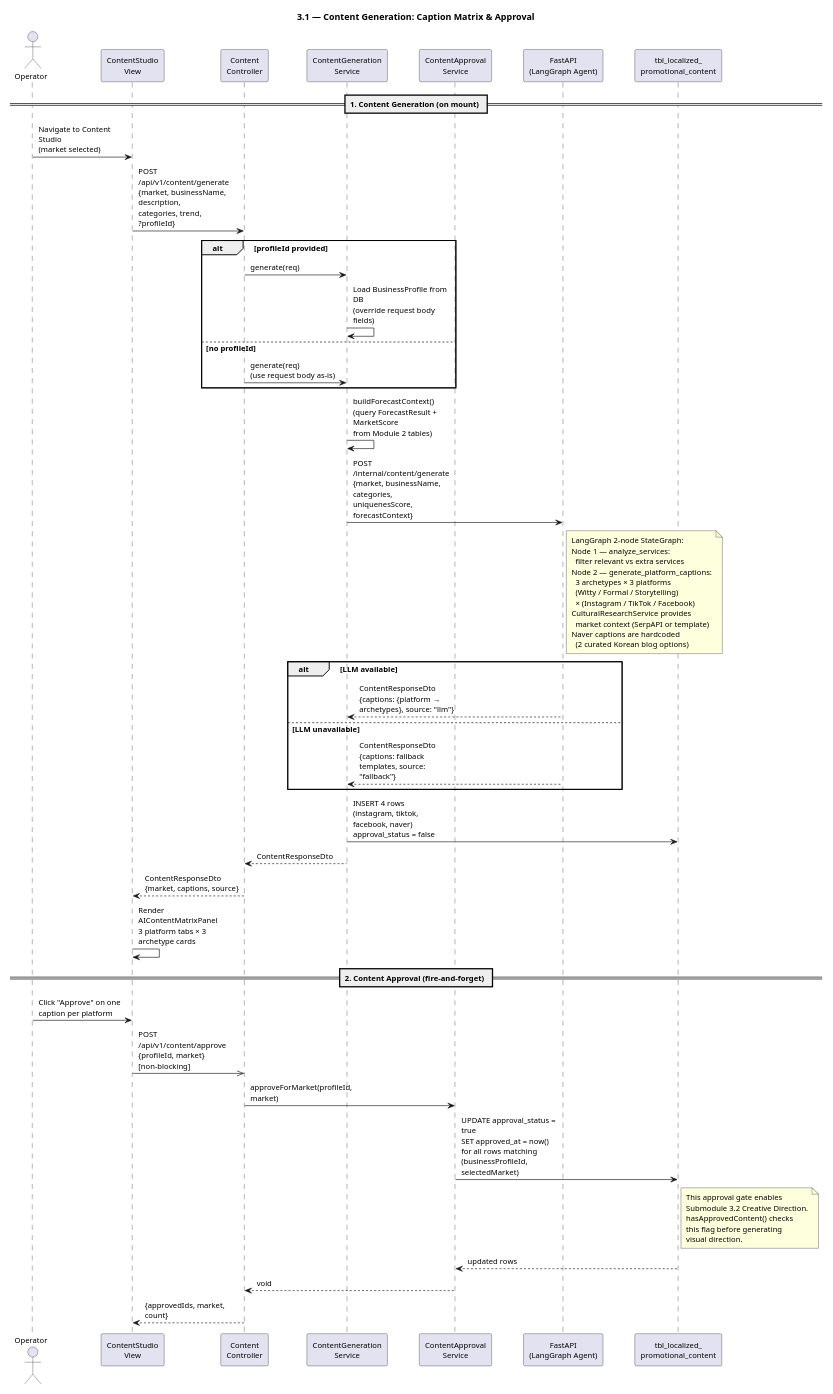
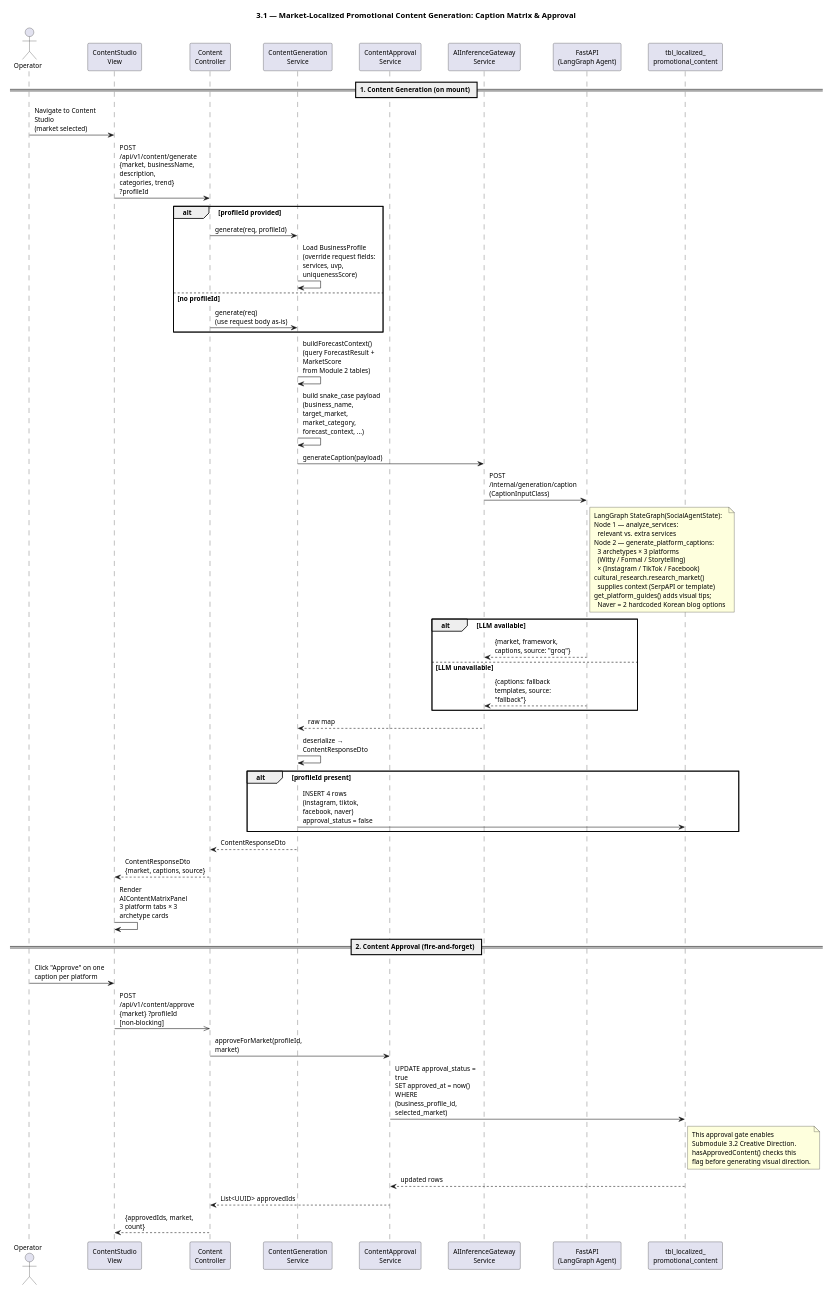
Before and after one commit to SherieHub/CeView: the diagram in docs/module-3/3.1-content-generation/sequence.puml, drawn with PlantUML. The commit also changed 70 other files, not shown here.

```diff
--- a/docs/module-3/3.1-content-generation/sequence.puml
+++ b/docs/module-3/3.1-content-generation/sequence.puml
@@ -1,80 +1,87 @@
 @startuml
 skinparam defaultFontSize 12
 scale max 800 width
 skinparam padding 2
 skinparam ParticipantPadding 20
 skinparam maxMessageSize 150
 
-title 3.1 — Content Generation: Caption Matrix & Approval
+title 3.1 — Market-Localized Promotional Content Generation: Caption Matrix & Approval
 
 actor Operator as O
 participant "ContentStudio\nView" as UI
 participant "Content\nController" as CC
 participant "ContentGeneration\nService" as CGS
 participant "ContentApproval\nService" as CAS
+participant "AIInferenceGateway\nService" as GW
 participant "FastAPI\n(LangGraph Agent)" as FP
 participant "tbl_localized_\npromotional_content" as DB
 
 == 1. Content Generation (on mount) ==
 
 O -> UI: Navigate to Content Studio\n(market selected)
-UI -> CC: POST /api/v1/content/generate\n{market, businessName, description,\ncategories, trend, ?profileId}
+UI -> CC: POST /api/v1/content/generate\n{market, businessName, description,\ncategories, trend} ?profileId
 
 alt profileId provided
-  CC -> CGS: generate(req)
-  CGS -> CGS: Load BusinessProfile from DB\n(override request body fields)
+  CC -> CGS: generate(req, profileId)
+  CGS -> CGS: Load BusinessProfile\n(override request fields: services, uvp, uniquenessScore)
 else no profileId
   CC -> CGS: generate(req)\n(use request body as-is)
 end
 
 CGS -> CGS: buildForecastContext()\n(query ForecastResult + MarketScore\nfrom Module 2 tables)
+CGS -> CGS: build snake_case payload\n(business_name, target_market,\nmarket_category, forecast_context, ...)
 
-CGS -> FP: POST /internal/content/generate\n{market, businessName, categories,\nuniquenesScore, forecastContext}
+CGS -> GW: generateCaption(payload)
+GW -> FP: POST /internal/generation/caption\n(CaptionInputClass)
 
 note right of FP
-  LangGraph 2-node StateGraph:
+  LangGraph StateGraph(SocialAgentState):
   Node 1 — analyze_services:
-    filter relevant vs extra services
+    relevant vs. extra services
   Node 2 — generate_platform_captions:
     3 archetypes × 3 platforms
     (Witty / Formal / Storytelling)
     × (Instagram / TikTok / Facebook)
-  CulturalResearchService provides
-    market context (SerpAPI or template)
-  Naver captions are hardcoded
-    (2 curated Korean blog options)
+  cultural_research.research_market()
+    supplies context (SerpAPI or template)
+  get_platform_guides() adds visual tips;
+    Naver = 2 hardcoded Korean blog options
 end note
 
 alt LLM available
-  FP --> CGS: ContentResponseDto\n{captions: {platform → archetypes}, source: "llm"}
+  FP --> GW: {market, framework, captions, source: "groq"}
 else LLM unavailable
-  FP --> CGS: ContentResponseDto\n{captions: fallback templates, source: "fallback"}
+  FP --> GW: {captions: fallback templates, source: "fallback"}
 end
 
-CGS -> DB: INSERT 4 rows\n(instagram, tiktok, facebook, naver)\napproval_status = false
+GW --> CGS: raw map
+CGS -> CGS: deserialize → ContentResponseDto
+
+alt profileId present
+  CGS -> DB: INSERT 4 rows\n(instagram, tiktok, facebook, naver)\napproval_status = false
+end
 
 CGS --> CC: ContentResponseDto
 CC --> UI: ContentResponseDto\n{market, captions, source}
 UI -> UI: Render AIContentMatrixPanel\n3 platform tabs × 3 archetype cards
 
 == 2. Content Approval (fire-and-forget) ==
 
 O -> UI: Click "Approve" on one\ncaption per platform
-UI ->> CC: POST /api/v1/content/approve\n{profileId, market}\n[non-blocking]
+UI ->> CC: POST /api/v1/content/approve\n{market} ?profileId [non-blocking]
 
 CC -> CAS: approveForMarket(profileId, market)
-CAS -> DB: UPDATE approval_status = true\nSET approved_at = now()\nfor all rows matching\n(businessProfileId, selectedMarket)
+CAS -> DB: UPDATE approval_status = true\nSET approved_at = now()\nWHERE (business_profile_id, selected_market)
 
 note right of DB
   This approval gate enables
   Submodule 3.2 Creative Direction.
-  hasApprovedContent() checks
-  this flag before generating
-  visual direction.
+  hasApprovedContent() checks this
+  flag before generating visual direction.
 end note
 
 DB --> CAS: updated rows
-CAS --> CC: void
+CAS --> CC: List<UUID> approvedIds
 CC --> UI: {approvedIds, market, count}
 
 @enduml
```
